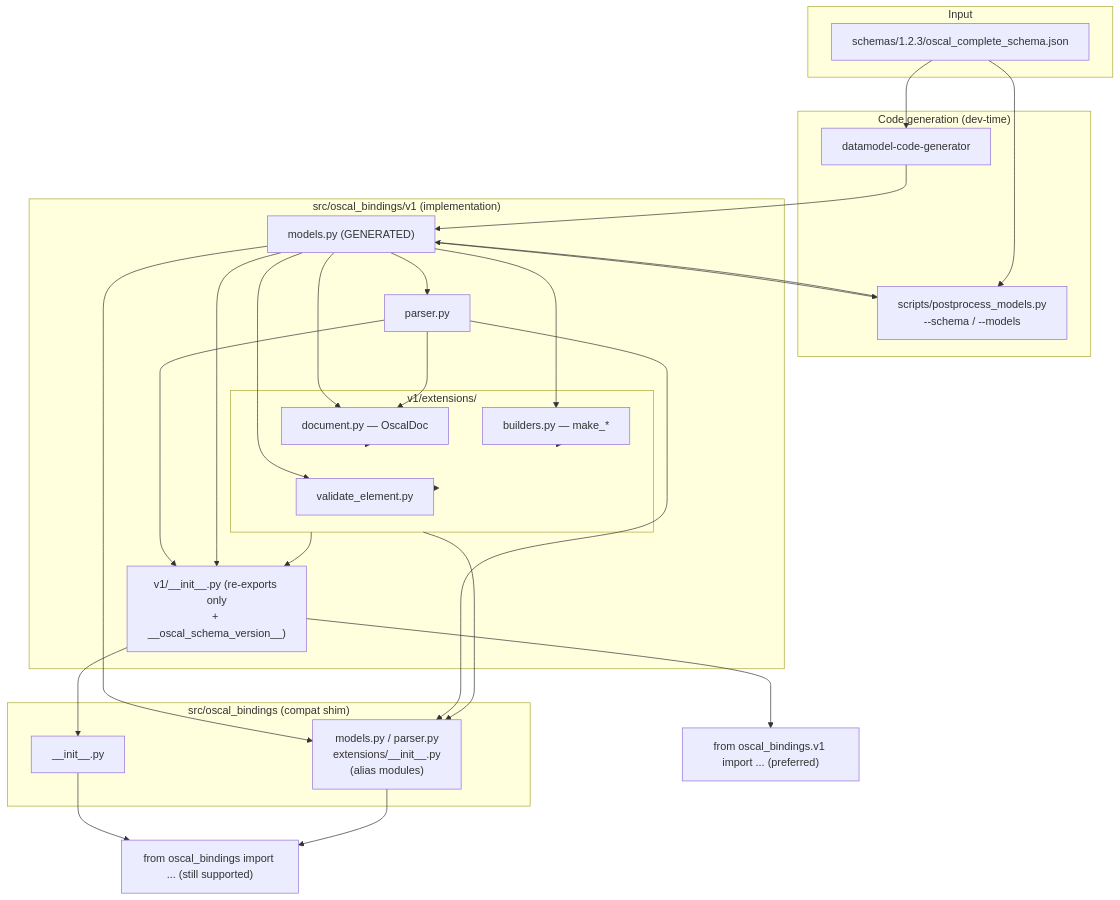
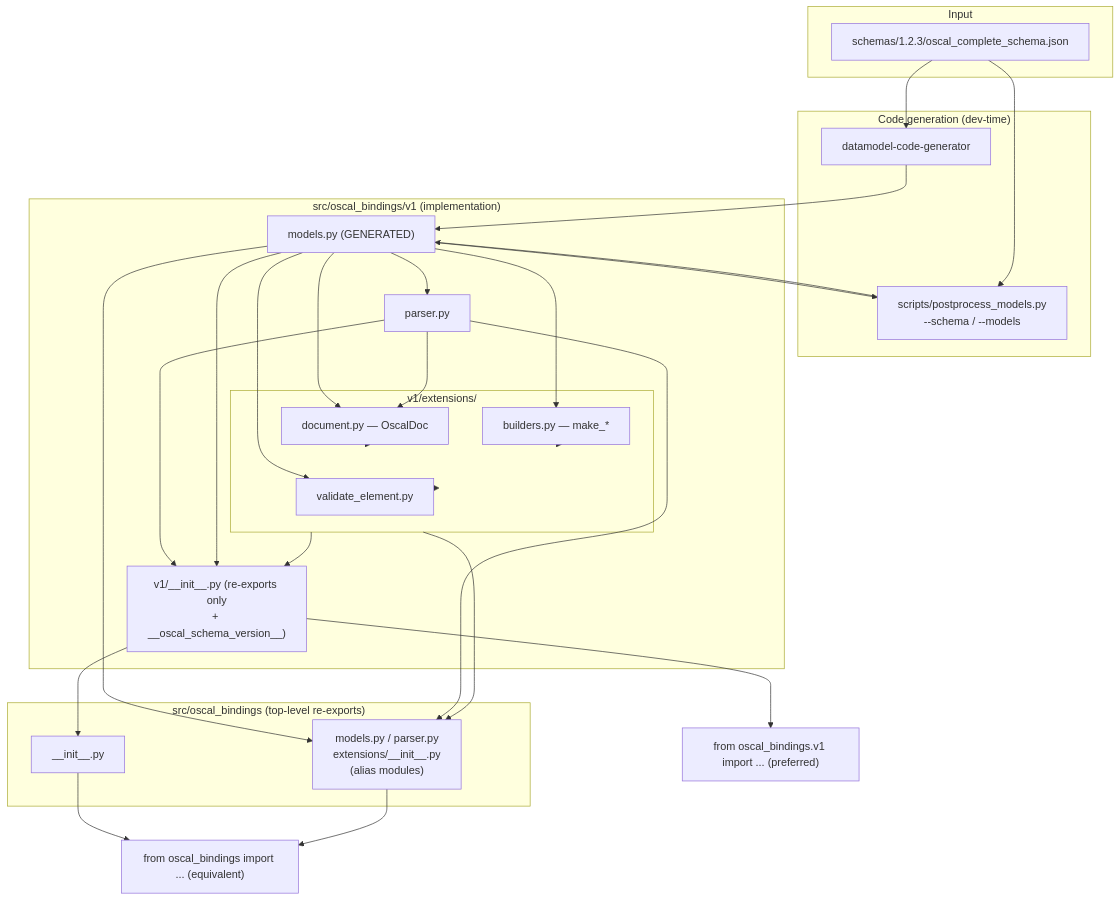
The diagram in .agents/summary/codebase_info.md (cairn-proofs/oscal-bindings-python), drawn with Mermaid before and after one commit. The commit also changed other lines of this file and 16 other files, not shown here.

````diff
--- a/.agents/summary/codebase_info.md
+++ b/.agents/summary/codebase_info.md
@@ -82,47 +82,47 @@
 ```mermaid
 graph TD
     subgraph Input
         SCHEMA["schemas/1.2.3/oscal_complete_schema.json"]
     end
     subgraph Codegen["Code generation (dev-time)"]
         DCG["datamodel-code-generator"]
         PP["scripts/postprocess_models.py<br/>--schema / --models"]
     end
     subgraph V1["src/oscal_bindings/v1 (implementation)"]
         MODELS["models.py (GENERATED)"]
         PARSER["parser.py"]
         INIT["v1/__init__.py (re-exports only<br/>+ __oscal_schema_version__)"]
         subgraph Ext["v1/extensions/"]
             DOC["document.py — OscalDoc"]
             BLD["builders.py — make_*"]
             VAL["validate_element.py"]
         end
     end
-    subgraph Shim["src/oscal_bindings (compat shim)"]
+    subgraph Shim["src/oscal_bindings (top-level re-exports)"]
         TOP["__init__.py"]
         ALIAS["models.py / parser.py<br/>extensions/__init__.py<br/>(alias modules)"]
     end
     NEW["from oscal_bindings.v1 import ... (preferred)"]
-    OLD["from oscal_bindings import ... (still supported)"]
+    OLD["from oscal_bindings import ... (equivalent)"]
 
     SCHEMA --> DCG --> MODELS
     SCHEMA --> PP
     MODELS --> PP --> MODELS
     MODELS --> PARSER
     MODELS --> DOC
     MODELS --> BLD
     MODELS --> VAL
     PARSER --> DOC
     PARSER --> INIT
     DOC --> Ext
     BLD --> Ext
     VAL --> Ext
     Ext --> INIT
     MODELS --> INIT
     INIT --> NEW
     INIT --> TOP --> OLD
     MODELS --> ALIAS
     PARSER --> ALIAS
     Ext --> ALIAS
     ALIAS --> OLD
 ```
````
